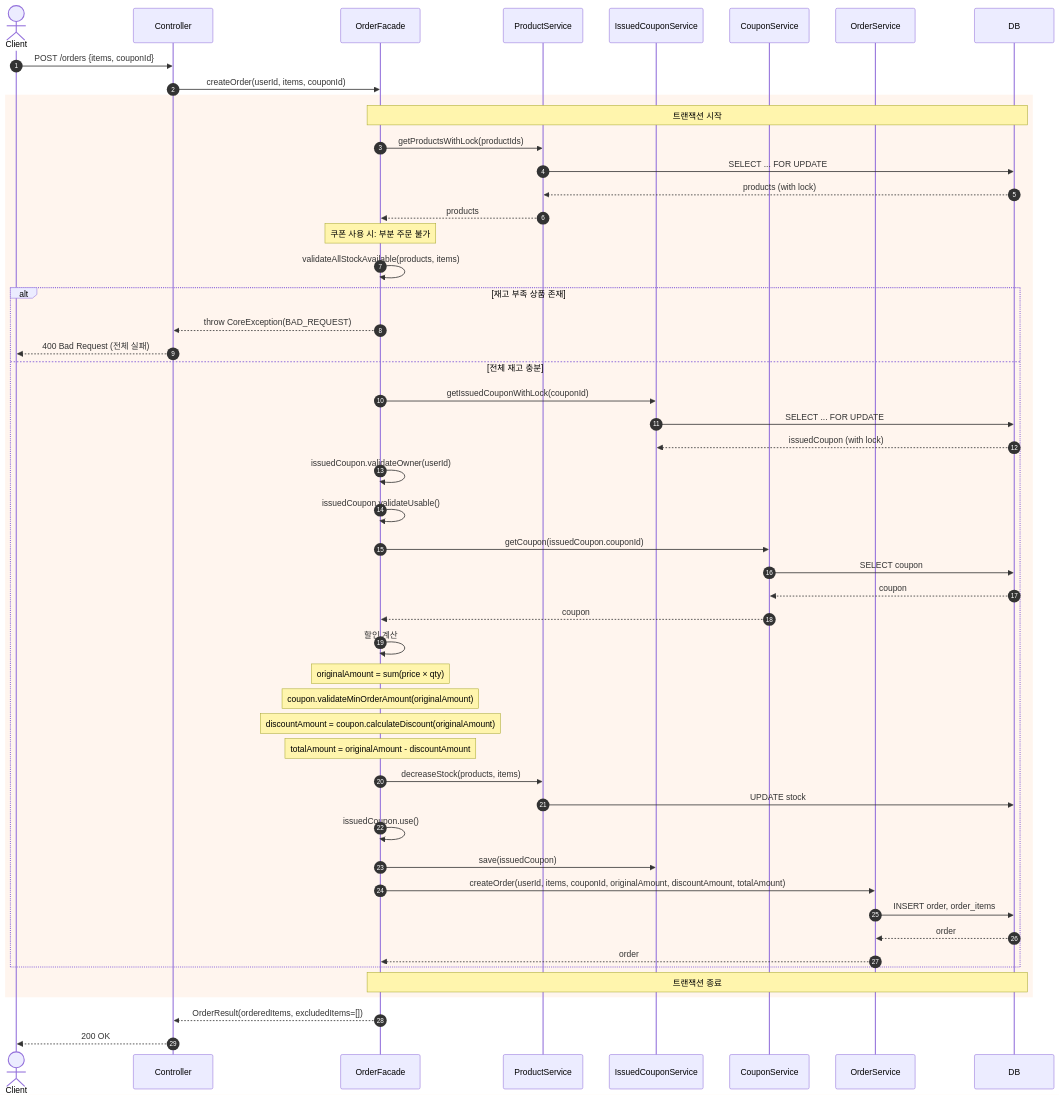
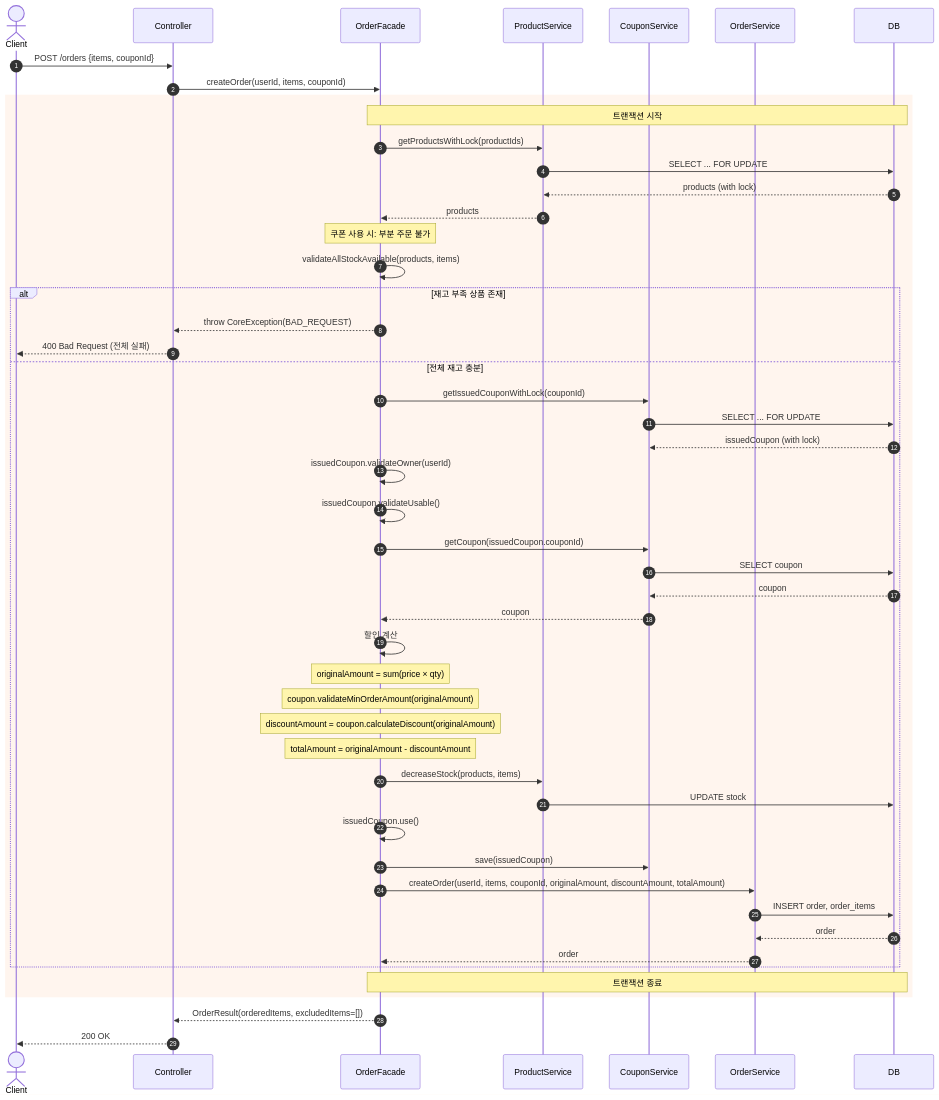
One commit to Loopers-dev-lab/loop-pack-be-l2-vol3-kotlin changed the sixth of 7 diagrams in docs/design/02-sequence-diagrams.md. Above: the diagram before and after it, drawn with Mermaid. The commit also changed other lines of this file and 1 other file, not shown here.

````diff
--- a/docs/design/02-sequence-diagrams.md
+++ b/docs/design/02-sequence-diagrams.md
@@ -421,66 +421,65 @@
 ```mermaid
 sequenceDiagram
     autonumber
     actor Client
     participant Controller
     participant Facade as OrderFacade
     participant ProductService
-    participant IssuedCouponService
     participant CouponService
     participant OrderService
     participant DB
 
     Client->>Controller: POST /orders {items, couponId}
     Controller->>Facade: createOrder(userId, items, couponId)
 
     rect rgb(255, 245, 238)
         Note over Facade,DB: 트랜잭션 시작
 
         Facade->>ProductService: getProductsWithLock(productIds)
         ProductService->>DB: SELECT ... FOR UPDATE
         DB-->>ProductService: products (with lock)
         ProductService-->>Facade: products
 
         Note over Facade: 쿠폰 사용 시: 부분 주문 불가
         Facade->>Facade: validateAllStockAvailable(products, items)
 
         alt 재고 부족 상품 존재
             Facade-->>Controller: throw CoreException(BAD_REQUEST)
             Controller-->>Client: 400 Bad Request (전체 실패)
         else 전체 재고 충분
-            Facade->>IssuedCouponService: getIssuedCouponWithLock(couponId)
-            IssuedCouponService->>DB: SELECT ... FOR UPDATE
-            DB-->>IssuedCouponService: issuedCoupon (with lock)
+            Facade->>CouponService: getIssuedCouponWithLock(couponId)
+            CouponService->>DB: SELECT ... FOR UPDATE
+            DB-->>CouponService: issuedCoupon (with lock)
 
             Facade->>Facade: issuedCoupon.validateOwner(userId)
             Facade->>Facade: issuedCoupon.validateUsable()
 
             Facade->>CouponService: getCoupon(issuedCoupon.couponId)
             CouponService->>DB: SELECT coupon
             DB-->>CouponService: coupon
             CouponService-->>Facade: coupon
 
             Facade->>Facade: 할인 계산
             Note over Facade: originalAmount = sum(price × qty)
             Note over Facade: coupon.validateMinOrderAmount(originalAmount)
             Note over Facade: discountAmount = coupon.calculateDiscount(originalAmount)
             Note over Facade: totalAmount = originalAmount - discountAmount
 
             Facade->>ProductService: decreaseStock(products, items)
             ProductService->>DB: UPDATE stock
 
             Facade->>Facade: issuedCoupon.use()
-            Facade->>IssuedCouponService: save(issuedCoupon)
+            Facade->>CouponService: save(issuedCoupon)
 
             Facade->>OrderService: createOrder(userId, items, couponId, originalAmount, discountAmount, totalAmount)
             OrderService->>DB: INSERT order, order_items
             DB-->>OrderService: order
             OrderService-->>Facade: order
         end
 
         Note over Facade,DB: 트랜잭션 종료
     end
 
     Facade-->>Controller: OrderResult(orderedItems, excludedItems=[])
     Controller-->>Client: 200 OK
 ```
````
